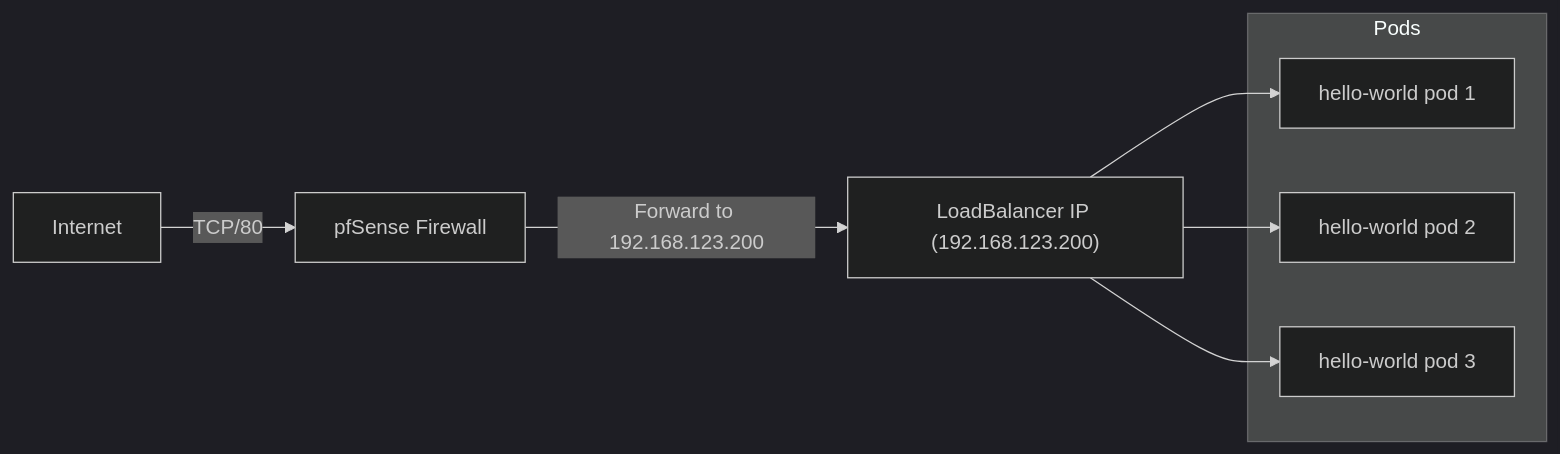
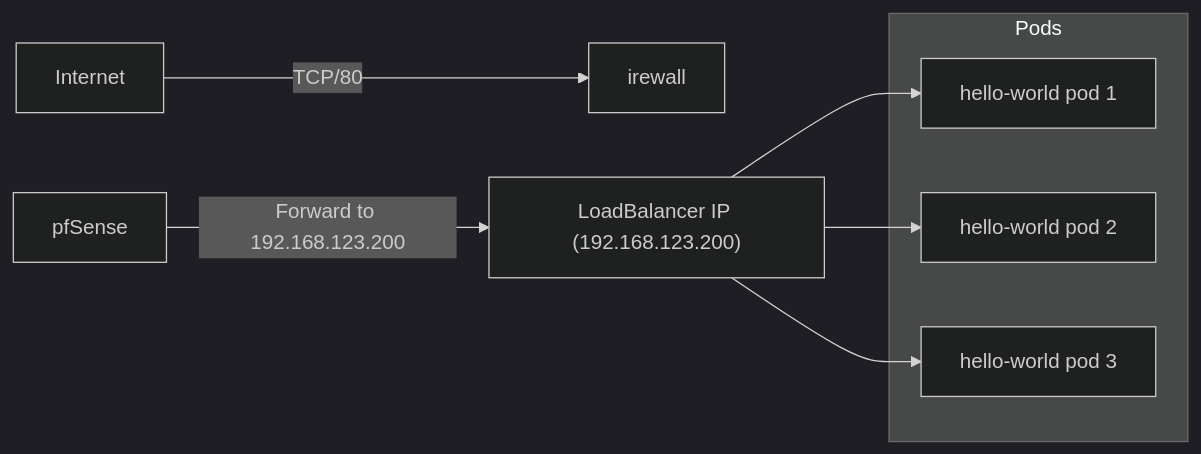
One commit to pgbult/Cilium-LB-IPAM changed the diagram in Cilium LB-IPAM example.md. Above: the diagram before and after it, drawn with Mermaid (dark theme).

Commit message:
Update Cilium LB-IPAM example.md
sd

````diff
--- a/Cilium LB-IPAM example.md
+++ b/Cilium LB-IPAM example.md
@@ -15,16 +15,16 @@
 ```mermaid
 flowchart LR
-    Internet -->|TCP/80| pfSense[pfSense Firewall]
+    Internet -->|TCP/80| Firewall[irewall]
     pfSense -->|Forward to 192.168.123.200| CiliumLB["LoadBalancer IP (192.168.123.200)"]
     
     subgraph Pods
         Pod1[hello-world pod 1]
         Pod2[hello-world pod 2]
         Pod3[hello-world pod 3]
     end
     
     CiliumLB --> Pod1
     CiliumLB --> Pod2
     CiliumLB --> Pod3
 
 ```
````
